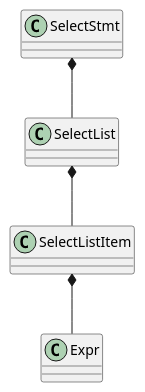
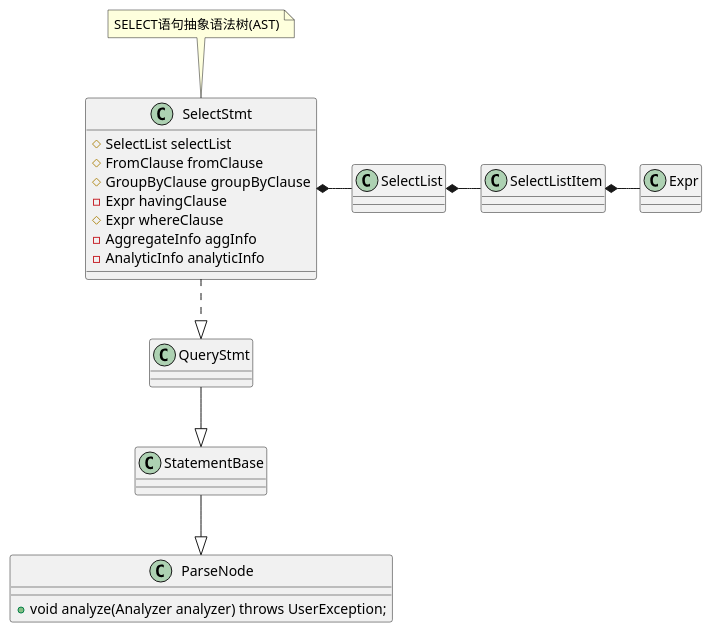
The diagram in doc/DB/Doris/SourceRead/Nereids.md (DepInjoy/geektime), drawn with PlantUML before and after one commit. The commit also changed other lines of this file, not shown here.

Commit message:
Doris 抽象语法树(AST)

````diff
--- a/doc/DB/Doris/SourceRead/Nereids.md
+++ b/doc/DB/Doris/SourceRead/Nereids.md
@@ -215,8 +215,24 @@
 ```plantuml
 @startuml
-class SelectStmt
-SelectList -up-* SelectStmt
-SelectListItem -up-* SelectList
-Expr -up-* SelectListItem
+class SelectStmt {
+    # SelectList selectList
+    # FromClause fromClause
+    # GroupByClause groupByClause
+    - Expr havingClause
+    # Expr whereClause
+    - AggregateInfo aggInfo
+    - AnalyticInfo analyticInfo
+}
+note top : SELECT语句抽象语法树(AST)
+
+class ParseNode {
+    + void analyze(Analyzer analyzer) throws UserException;
+}
+QueryStmt -down-|> StatementBase
+StatementBase -down-|> ParseNode
+SelectStmt -down.|> QueryStmt
+SelectList -left-* SelectStmt
+SelectListItem -left-* SelectList
+Expr -left-* SelectListItem
 @enduml
 ```
````
